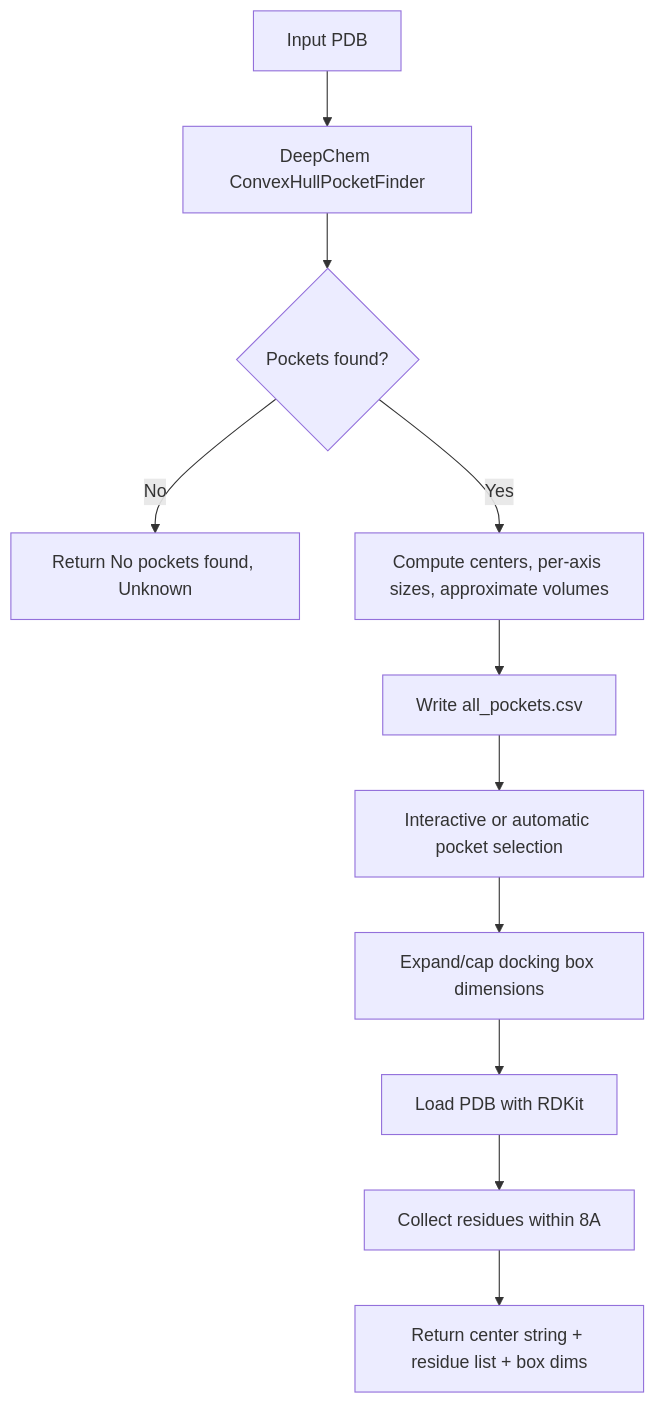
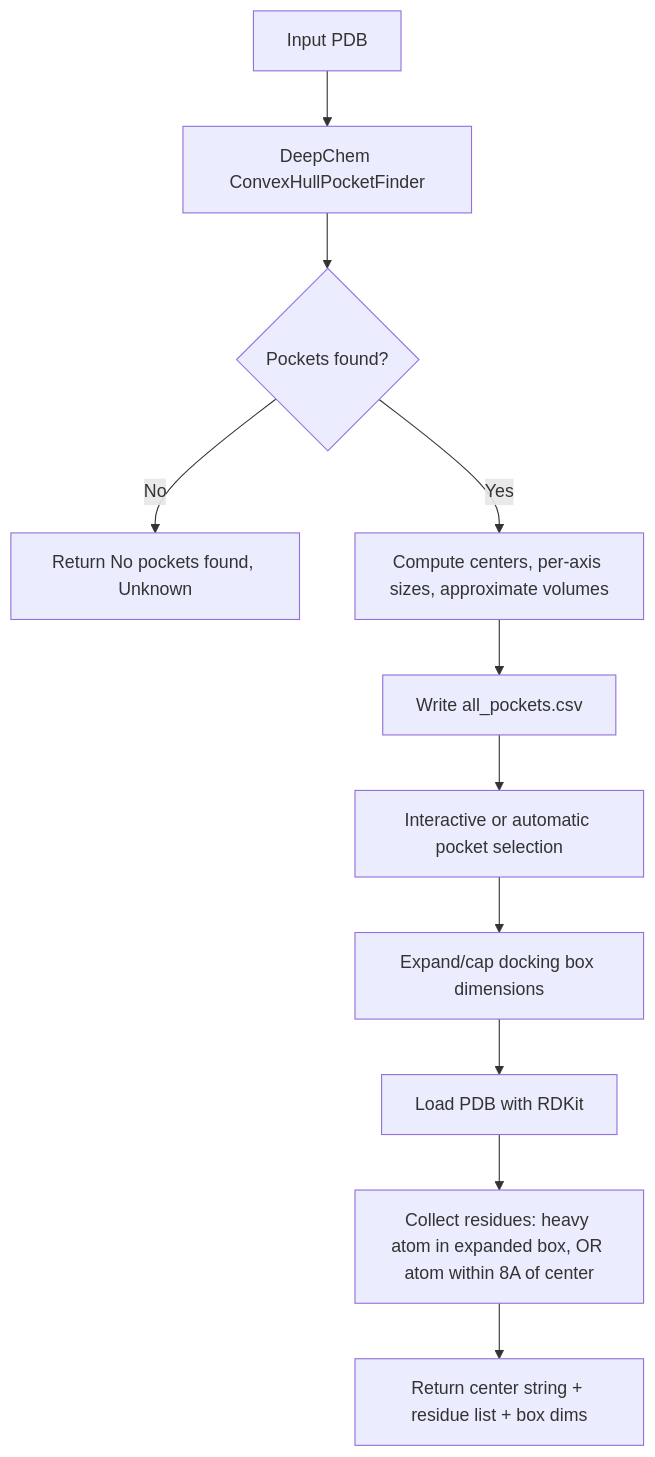
One commit to tacclab/LLMsFold changed the diagram in doc/components/pocket.md. Above: the diagram before and after it, drawn with Mermaid. The commit also changed other lines of this file and 10 other files, not shown here.

````diff
--- a/doc/components/pocket.md
+++ b/doc/components/pocket.md
@@ -11,13 +11,13 @@
 ```mermaid
 flowchart TD
     A[Input PDB] --> B[DeepChem ConvexHullPocketFinder]
     B --> C{Pockets found?}
     C -->|No| D[Return No pockets found, Unknown]
     C -->|Yes| E[Compute centers, per-axis sizes, approximate volumes]
     E --> F[Write all_pockets.csv]
     F --> G[Interactive or automatic pocket selection]
     G --> H[Expand/cap docking box dimensions]
     H --> I[Load PDB with RDKit]
-    I --> J[Collect residues within 8A]
+    I --> J[Collect residues: heavy atom in expanded box, OR atom within 8A of center]
     J --> K[Return center string + residue list + box dims]
 ```
````
